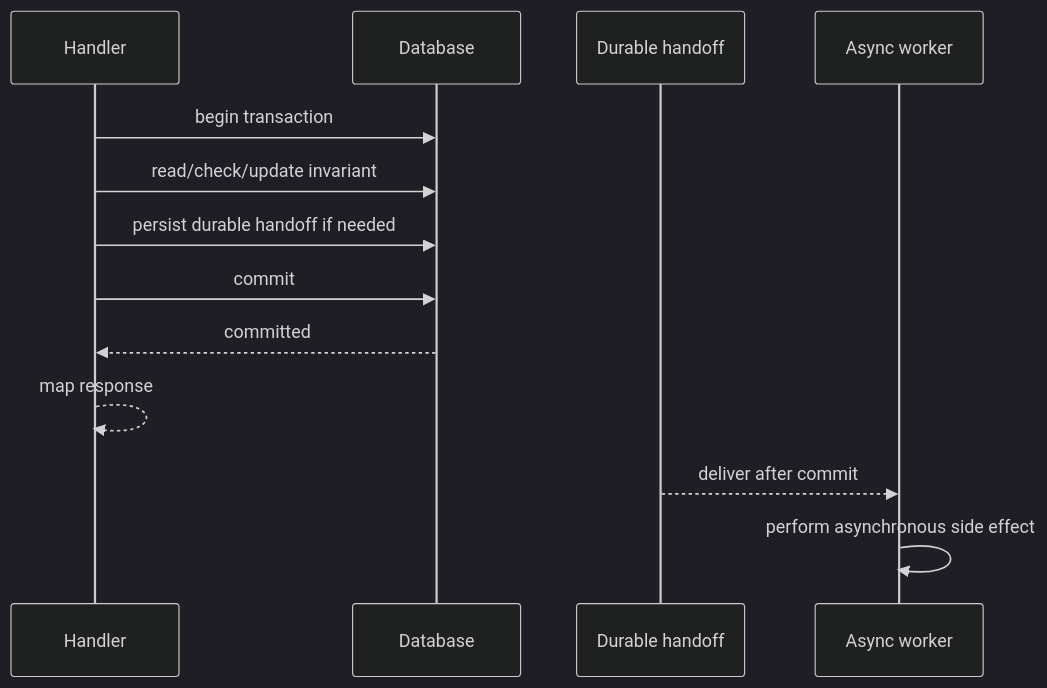
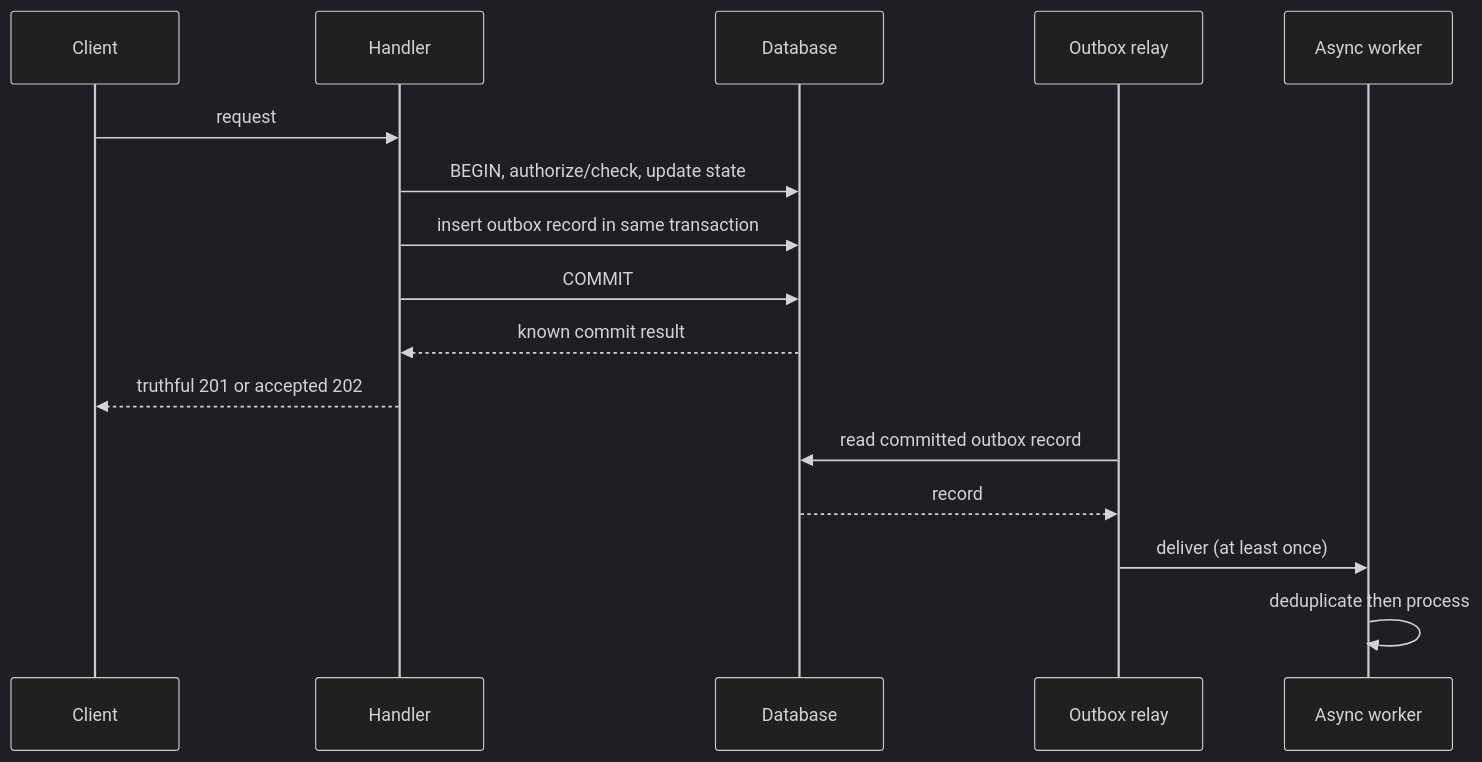
The third of 3 diagrams in content/docs/backend-engineering/backend-request-lifecycle.mdx (thucne/software-development-atlas), drawn with Mermaid (dark theme) before and after one commit. The commit also changed other lines of this file and 5 other files, not shown here.

````diff
--- a/content/docs/backend-engineering/backend-request-lifecycle.mdx
+++ b/content/docs/backend-engineering/backend-request-lifecycle.mdx
@@ -140,16 +140,19 @@
 ```mermaid
 sequenceDiagram
+  participant C as Client
   participant H as Handler
   participant DB as Database
-  participant Q as Durable handoff
+  participant Q as Outbox relay
   participant W as Async worker
 
-  H->>DB: begin transaction
-  H->>DB: read/check/update invariant
-  H->>DB: persist durable handoff if needed
-  H->>DB: commit
-  DB-->>H: committed
-  H-->>H: map response
-  Q-->>W: deliver after commit
-  W->>W: perform asynchronous side effect
+  C->>H: request
+  H->>DB: BEGIN, authorize/check, update state
+  H->>DB: insert outbox record in same transaction
+  H->>DB: COMMIT
+  DB-->>H: known commit result
+  H-->>C: truthful 201 or accepted 202
+  Q->>DB: read committed outbox record
+  DB-->>Q: record
+  Q->>W: deliver (at least once)
+  W->>W: deduplicate then process
 ```
````
